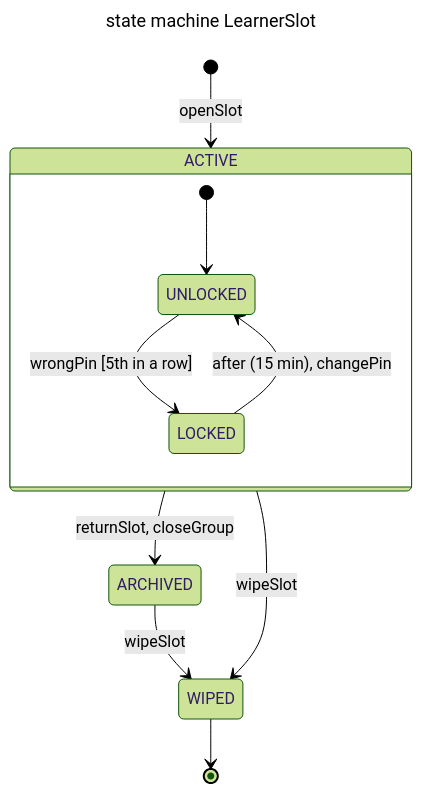
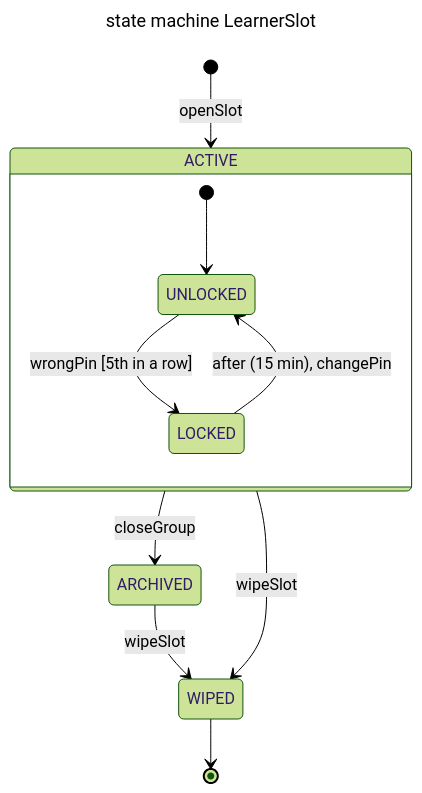
Before and after one commit to NamHungBBB1/do-an-BE: the second of 6 diagrams in docs/diagrams/state-machines.md, drawn with Mermaid (forest theme). The commit also changed other lines of this file and 3 other files, not shown here.

First line of the commit message:
docs(slot): dong bo schema.sql, erd.md, state-machines.md voi ban v3

````diff
--- a/docs/diagrams/state-machines.md
+++ b/docs/diagrams/state-machines.md
@@ -28,16 +32,16 @@
 ```mermaid
 ---
 title: state machine LearnerSlot
 ---
 stateDiagram-v2
     [*] --> ACTIVE : openSlot
     state ACTIVE {
         [*] --> UNLOCKED
         UNLOCKED --> LOCKED : wrongPin [5th in a row]
         LOCKED --> UNLOCKED : after (15 min), changePin
     }
-    ACTIVE --> ARCHIVED : returnSlot, closeGroup
+    ACTIVE --> ARCHIVED : closeGroup
     ACTIVE --> WIPED : wipeSlot
     ARCHIVED --> WIPED : wipeSlot
     WIPED --> [*]
 ```
````
